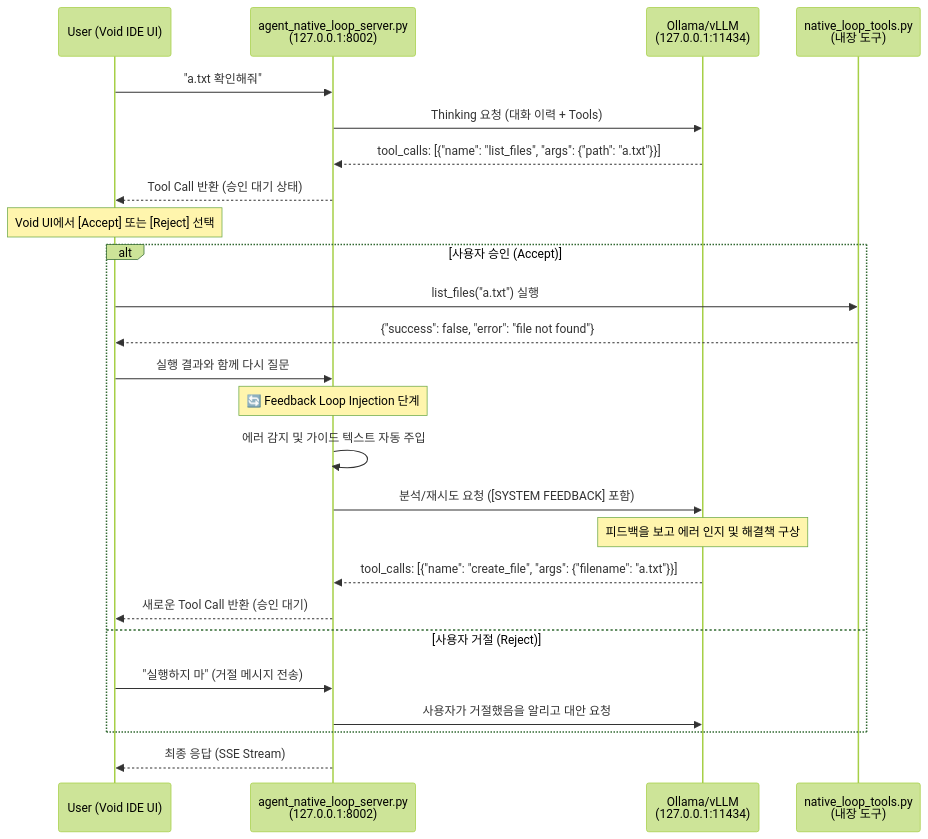
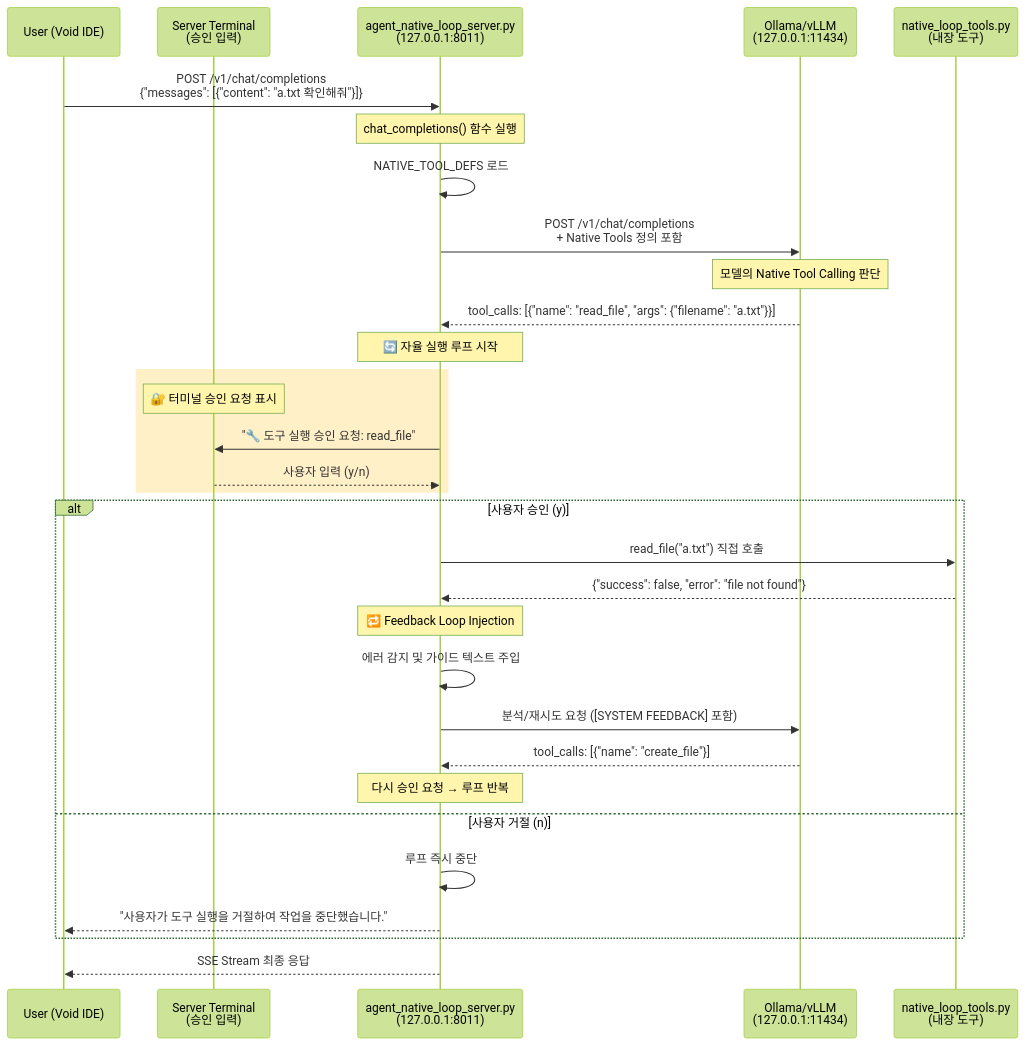
One commit to sangblee4528/void_lab_test changed the diagram in docs/질문_native_loop_흐름도.md. Above: the diagram before and after it, drawn with Mermaid (forest theme). The commit also changed other lines of this file and 4 other files, not shown here.

Commit message:
feat: add HITL terminal approval system to agent_native_loop and update docs

````diff
--- a/docs/질문_native_loop_흐름도.md
+++ b/docs/질문_native_loop_흐름도.md
@@ -9,35 +7,42 @@
 ```mermaid
 sequenceDiagram
-    participant User as User (Void IDE UI)
-    participant Agent as agent_native_loop_server.py<br/>(127.0.0.1:8002)
+    participant User as User (Void IDE)
+    participant Terminal as Server Terminal<br/>(승인 입력)
+    participant Agent as agent_native_loop_server.py<br/>(127.0.0.1:8011)
     participant LLM as Ollama/vLLM<br/>(127.0.0.1:11434)
     participant Tools as native_loop_tools.py<br/>(내장 도구)
 
-    User->>Agent: "a.txt 확인해줘"
+    User->>Agent: POST /v1/chat/completions<br/>{"messages": [{"content": "a.txt 확인해줘"}]}
     
-    Agent->>LLM: Thinking 요청 (대화 이력 + Tools)
-    LLM-->>Agent: tool_calls: [{"name": "list_files", "args": {"path": "a.txt"}}]
+    Note over Agent: chat_completions() 함수 실행
+    Agent->>Agent: NATIVE_TOOL_DEFS 로드
     
-    Agent-->>User: Tool Call 반환 (승인 대기 상태)
+    Agent->>LLM: POST /v1/chat/completions<br/>+ Native Tools 정의 포함
+    Note over LLM: 모델의 Native Tool Calling 판단
+    LLM-->>Agent: tool_calls: [{"name": "read_file", "args": {"filename": "a.txt"}}]
     
-    Note over User: Void UI에서 [Accept] 또는 [Reject] 선택
+    Note over Agent: 🔄 자율 실행 루프 시작
     
-    alt 사용자 승인 (Accept)
-        User->>Tools: list_files("a.txt") 실행
-        Tools-->>User: {"success": false, "error": "file not found"}
-        User->>Agent: 실행 결과와 함께 다시 질문
+    rect rgb(255, 240, 200)
+        Note over Terminal: 🔐 터미널 승인 요청 표시
+        Agent->>Terminal: "🔧 도구 실행 승인 요청: read_file"
+        Terminal-->>Agent: 사용자 입력 (y/n)
+    end
+    
+    alt 사용자 승인 (y)
+        Agent->>Tools: read_file("a.txt") 직접 호출
+        Tools-->>Agent: {"success": false, "error": "file not found"}
         
-        Note over Agent: 🔄 Feedback Loop Injection 단계
-        Agent->>Agent: 에러 감지 및 가이드 텍스트 자동 주입
+        Note over Agent: 🔁 Feedback Loop Injection
+        Agent->>Agent: 에러 감지 및 가이드 텍스트 주입
         
         Agent->>LLM: 분석/재시도 요청 ([SYSTEM FEEDBACK] 포함)
-        Note over LLM: 피드백을 보고 에러 인지 및 해결책 구상
-        LLM-->>Agent: tool_calls: [{"name": "create_file", "args": {"filename": "a.txt"}}]
-        Agent-->>User: 새로운 Tool Call 반환 (승인 대기)
-    else 사용자 거절 (Reject)
-        User->>Agent: "실행하지 마" (거절 메시지 전송)
-        Agent->>LLM: 사용자가 거절했음을 알리고 대안 요청
+        LLM-->>Agent: tool_calls: [{"name": "create_file"}]
+        Note over Agent: 다시 승인 요청 → 루프 반복
+    else 사용자 거절 (n)
+        Agent->>Agent: 루프 즉시 중단
+        Agent-->>User: "사용자가 도구 실행을 거절하여 작업을 중단했습니다."
     end
-
-    Agent-->>User: 최종 응답 (SSE Stream)
+    
+    Agent-->>User: SSE Stream 최종 응답
 ```
````
